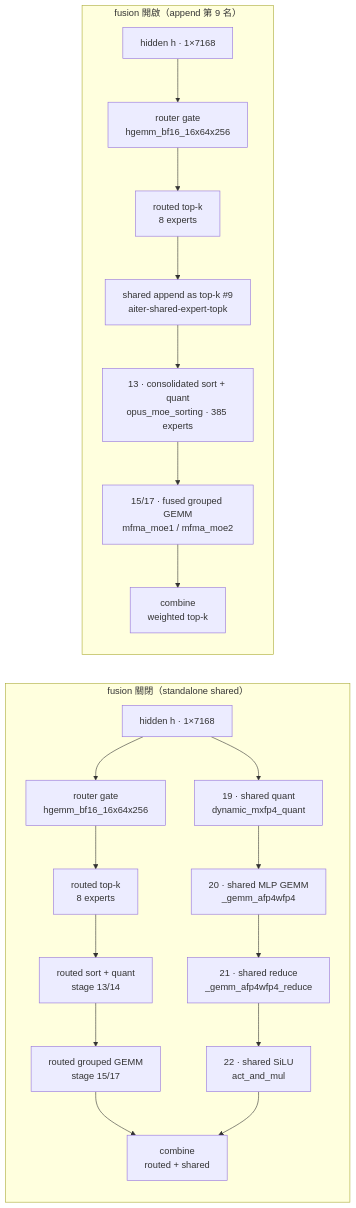
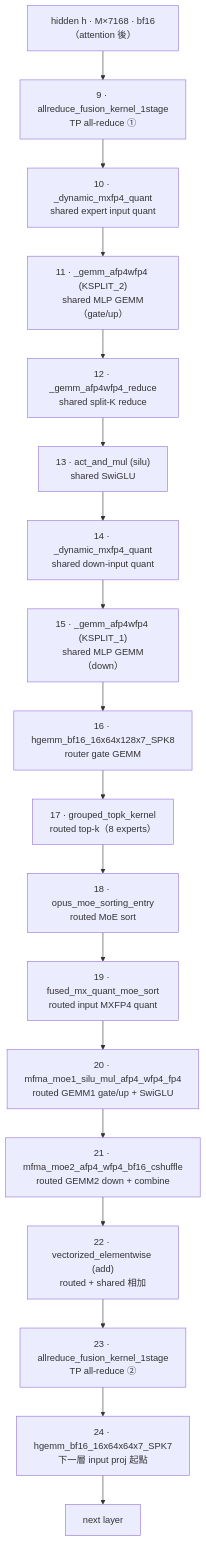
One commit to youyun8/deep-kernel-handbook changed the second of 2 diagrams in docs/aiter/index.md. Above: the diagram before and after it, drawn with Mermaid. The commit also changed other lines of this file and 36 other files, not shown here.

````diff
--- a/docs/aiter/index.md
+++ b/docs/aiter/index.md
@@ -434,30 +178,24 @@
 ```mermaid
-flowchart LR
-  subgraph OFF["fusion 關閉（standalone shared）"]
-    direction TB
-    H1["hidden h · 1×7168"] --> G1["router gate<br/>hgemm_bf16_16x64x256"]
-    G1 --> TK1["routed top-k<br/>8 experts"]
-    TK1 --> RS1["routed sort + quant<br/>stage 13/14"]
-    RS1 --> RG1["routed grouped GEMM<br/>stage 15/17"]
-    H1 --> SQ["19 · shared quant<br/>dynamic_mxfp4_quant"]
-    SQ --> SG["20 · shared MLP GEMM<br/>_gemm_afp4wfp4"]
-    SG --> SR["21 · shared reduce<br/>_gemm_afp4wfp4_reduce"]
-    SR --> SS["22 · shared SiLU<br/>act_and_mul"]
-    RG1 --> ADD1["combine<br/>routed + shared"]
-    SS --> ADD1
-  end
-
-  subgraph ONF["fusion 開啟（append 第 9 名）"]
-    direction TB
-    H2["hidden h · 1×7168"] --> G2["router gate<br/>hgemm_bf16_16x64x256"]
-    G2 --> TK2["routed top-k<br/>8 experts"]
-    TK2 --> AP["shared append as top-k #9<br/>aiter-shared-expert-topk"]
-    AP --> CS["13 · consolidated sort + quant<br/>opus_moe_sorting · 385 experts"]
-    CS --> FG["15/17 · fused grouped GEMM<br/>mfma_moe1 / mfma_moe2"]
-    FG --> ADD2["combine<br/>weighted top-k"]
-  end
-
-  class H1,G1,TK1,H2,G2,TK2 accBlue;
-  class SQ,SG,SR,SS accAmber;
-  class AP,CS,FG accGreen;
+flowchart TB
+  B0["hidden h · M×7168 · bf16（attention 後）"] --> B9["9 · allreduce_fusion_kernel_1stage<br/>TP all-reduce ①"]
+  B9 --> B10["10 · _dynamic_mxfp4_quant<br/>shared expert input quant"]
+  B10 --> B11["11 · _gemm_afp4wfp4 (KSPLIT_2)<br/>shared MLP GEMM（gate/up）"]
+  B11 --> B12["12 · _gemm_afp4wfp4_reduce<br/>shared split-K reduce"]
+  B12 --> B13["13 · act_and_mul (silu)<br/>shared SwiGLU"]
+  B13 --> B14["14 · _dynamic_mxfp4_quant<br/>shared down-input quant"]
+  B14 --> B15["15 · _gemm_afp4wfp4 (KSPLIT_1)<br/>shared MLP GEMM（down）"]
+  B15 --> B16["16 · hgemm_bf16_16x64x128x7_SPK8<br/>router gate GEMM"]
+  B16 --> B17["17 · grouped_topk_kernel<br/>routed top-k（8 experts）"]
+  B17 --> B18["18 · opus_moe_sorting_entry<br/>routed MoE sort"]
+  B18 --> B19["19 · fused_mx_quant_moe_sort<br/>routed input MXFP4 quant"]
+  B19 --> B20["20 · mfma_moe1_silu_mul_afp4_wfp4_fp4<br/>routed GEMM1 gate/up + SwiGLU"]
+  B20 --> B21["21 · mfma_moe2_afp4_wfp4_bf16_cshuffle<br/>routed GEMM2 down + combine"]
+  B21 --> B22["22 · vectorized_elementwise (add)<br/>routed + shared 相加"]
+  B22 --> B23["23 · allreduce_fusion_kernel_1stage<br/>TP all-reduce ②"]
+  B23 --> B24["24 · hgemm_bf16_16x64x64x7_SPK7<br/>下一層 input proj 起點"]
+  B24 --> BOUT["next layer"]
+  class B0,BOUT accBlue;
+  class B9,B23 accAmber;
+  class B10,B11,B12,B13,B14,B15 accGreen;
+  class B20,B21 flagship;
 ```
````
